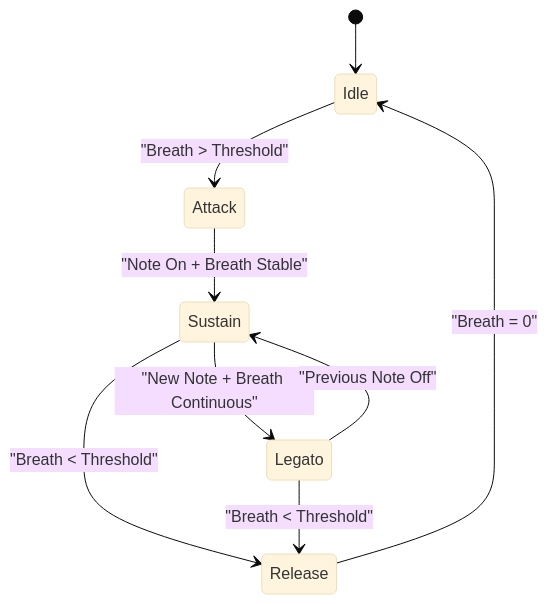
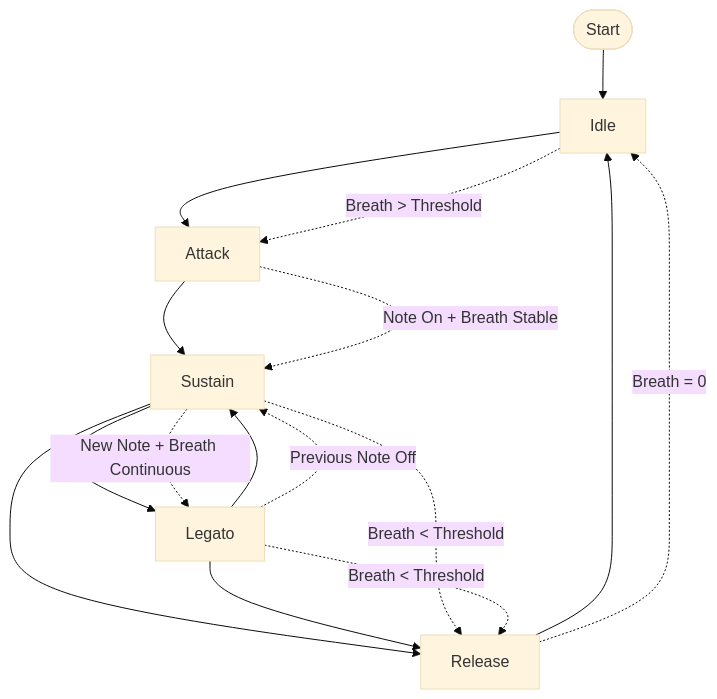
One commit to blebleblee/synapse changed the fifth of 5 diagrams in topics/arts/music_production/midi/lesson_02_controllers_automation.md. Above: the diagram before and after it, drawn with Mermaid (base theme). The commit also changed 1464 other files, not shown here.

Commit message:
feat(release): curriculum vector mermaid upgrade, render hardening, and master synpack

````diff
--- a/topics/arts/music_production/midi/lesson_02_controllers_automation.md
+++ b/topics/arts/music_production/midi/lesson_02_controllers_automation.md
@@ -285,11 +285,19 @@
 ```mermaid
-stateDiagram-v2
-    [*] --> Idle
-    Idle --> Attack: "Breath > Threshold"
-    Attack --> Sustain: "Note On + Breath Stable"
-    Sustain --> Legato: "New Note + Breath Continuous"
-    Sustain --> Release: "Breath < Threshold"
-    Legato --> Sustain: "Previous Note Off"
-    Release --> Idle: "Breath = 0"
-    Legato --> Release: "Breath < Threshold"
+flowchart TD
+    Start([Start]) --> Idle["Idle"]
+    Idle --> Attack["Attack"]
+    Attack --> Sustain["Sustain"]
+    Sustain --> Legato["Legato"]
+    Sustain --> Release["Release"]
+    Legato --> Sustain
+    Legato --> Release
+    Release --> Idle
+    
+    Idle -.->|"Breath > Threshold"| Attack
+    Attack -.->|"Note On + Breath Stable"| Sustain
+    Sustain -.->|"New Note + Breath Continuous"| Legato
+    Sustain -.->|"Breath < Threshold"| Release
+    Legato -.->|"Previous Note Off"| Sustain
+    Release -.->|"Breath = 0"| Idle
+    Legato -.->|"Breath < Threshold"| Release
 ```
````
